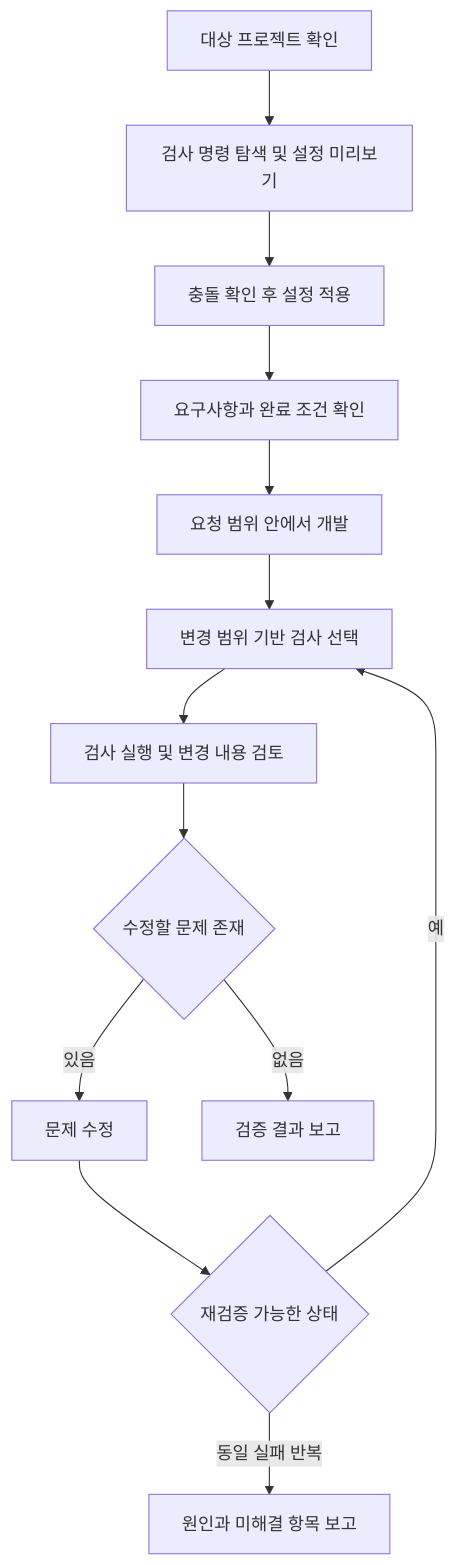
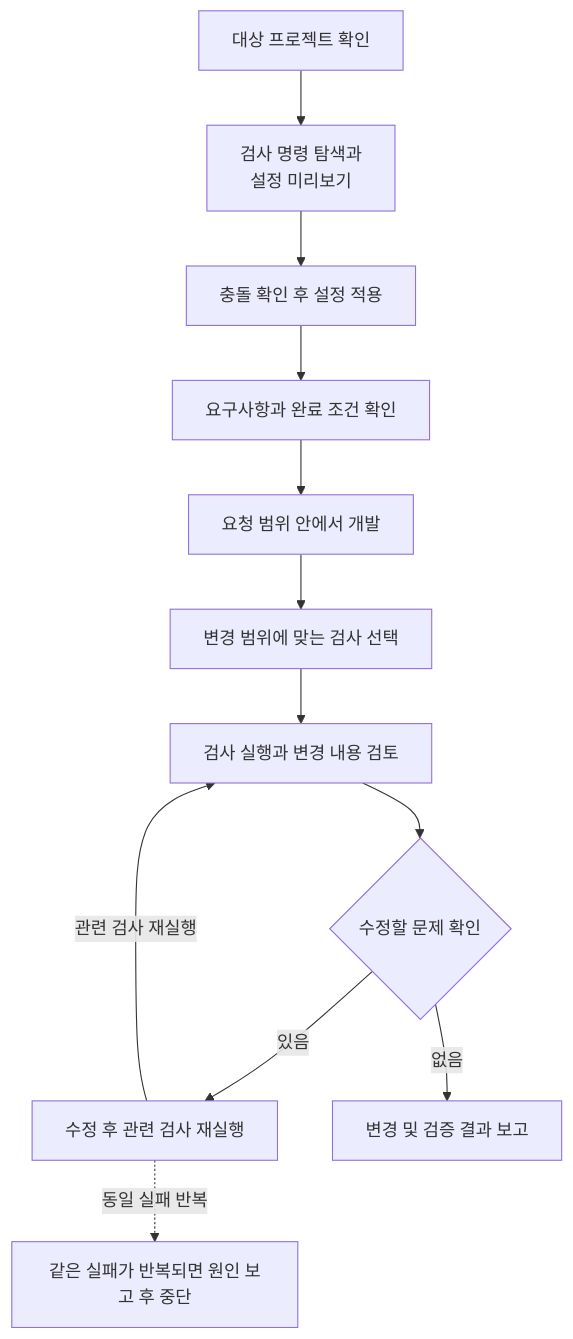
The diagram in projects/ai-development-setup/codex-quality.md (KimHG1995/work-history), drawn with Mermaid before and after one commit. The commit also changed other lines of this file, not shown here.

Commit message:
docs: align diagrams with documented implementations

````diff
--- a/projects/ai-development-setup/codex-quality.md
+++ b/projects/ai-development-setup/codex-quality.md
@@ -71,15 +71,14 @@
 ```mermaid
 flowchart TD
-    target["대상 프로젝트 확인"] --> detect["검사 명령 탐색 및 설정 미리보기"]
+    target["대상 프로젝트 확인"] --> detect["검사 명령 탐색과<br/>설정 미리보기"]
     detect --> apply["충돌 확인 후 설정 적용"]
     apply --> task["요구사항과 완료 조건 확인"]
     task --> implement["요청 범위 안에서 개발"]
-    implement --> plan["변경 범위 기반 검사 선택"]
-    plan --> run["검사 실행 및 변경 내용 검토"]
-    run --> decision{"수정할 문제 존재"}
-    decision -->|있음| fix["문제 수정"]
-    fix --> retry{"재검증 가능한 상태"}
-    retry -->|예| plan
-    retry -->|동일 실패 반복| blocked["원인과 미해결 항목 보고"]
-    decision -->|없음| report["검증 결과 보고"]
+    implement --> plan["변경 범위에 맞는 검사 선택"]
+    plan --> run["검사 실행과 변경 내용 검토"]
+    run --> decision{"수정할 문제 확인"}
+    decision -->|있음| fix["수정 후 관련 검사 재실행"]
+    fix -->|관련 검사 재실행| run
+    decision -->|없음| report["변경 및 검증 결과 보고"]
+    fix -.->|동일 실패 반복| blocked["같은 실패가 반복되면 원인 보고 후 중단"]
 ```
````
